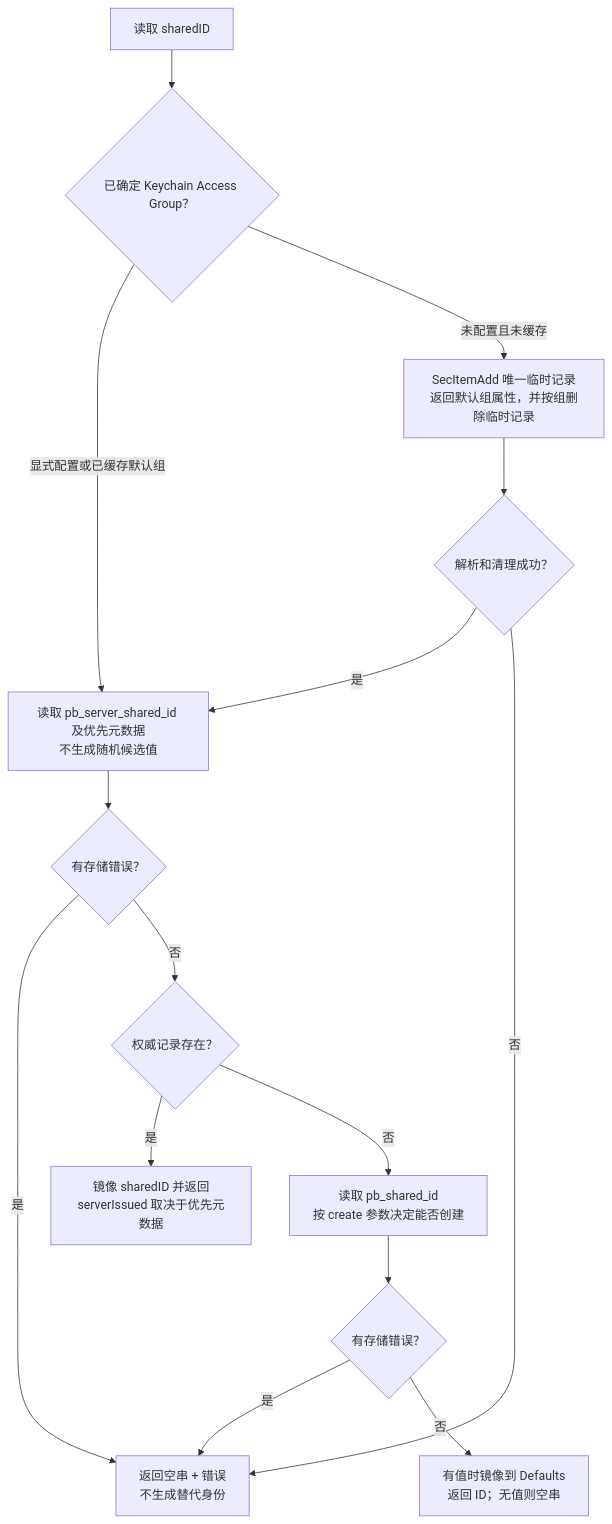
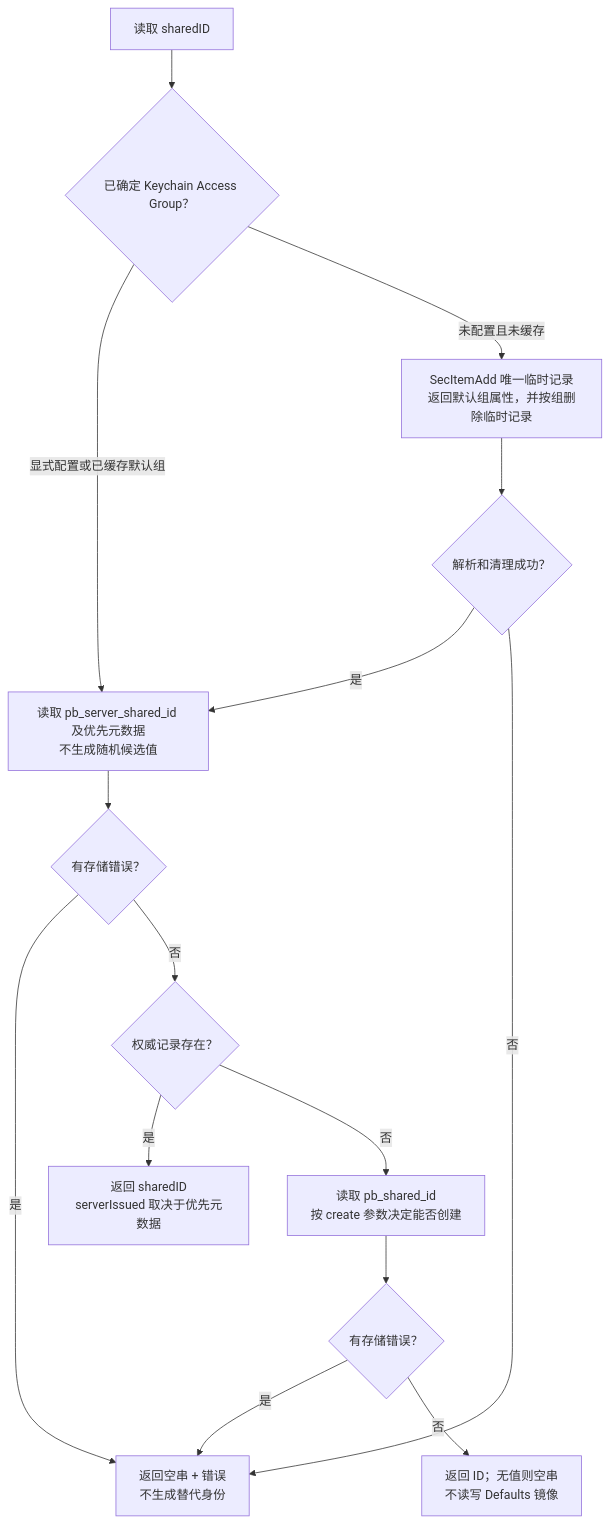
The fifth of 14 diagrams in PBCrossAppUniqueDeviceIdentifier/Docs/FeatureFlows.md (shanbozhu/TestOC), drawn with Mermaid before and after one commit. The commit also changed other lines of this file and 10 other files, not shown here.

````diff
--- a/PBCrossAppUniqueDeviceIdentifier/Docs/FeatureFlows.md
+++ b/PBCrossAppUniqueDeviceIdentifier/Docs/FeatureFlows.md
@@ -151,17 +151,17 @@
 ```mermaid
 flowchart TD
     Start["读取 sharedID"] --> Scope{"已确定 Keychain Access Group？"}
     Scope -->|显式配置或已缓存默认组| Server["读取 pb_server_shared_id 及优先元数据<br/>不生成随机候选值"]
     Scope -->|未配置且未缓存| Probe["SecItemAdd 唯一临时记录<br/>返回默认组属性，并按组删除临时记录"]
     Probe --> ProbeOK{"解析和清理成功？"}
     ProbeOK -->|是| Server
     ProbeOK -->|否| Fail["返回空串 + 错误<br/>不生成替代身份"]
     Server --> ServerError{"有存储错误？"}
     ServerError -->|是| Fail
     ServerError -->|否| HasServer{"权威记录存在？"}
-    HasServer -->|是| ServerReturn["镜像 sharedID 并返回<br/>serverIssued 取决于优先元数据"]
+    HasServer -->|是| ServerReturn["返回 sharedID<br/>serverIssued 取决于优先元数据"]
     HasServer -->|否| Local["读取 pb_shared_id<br/>按 create 参数决定能否创建"]
     Local --> LocalError{"有存储错误？"}
     LocalError -->|是| Fail
-    LocalError -->|否| Mirror["有值时镜像到 Defaults<br/>返回 ID；无值则空串"]
+    LocalError -->|否| Return["返回 ID；无值则空串<br/>不读写 Defaults 镜像"]
 ```
````
